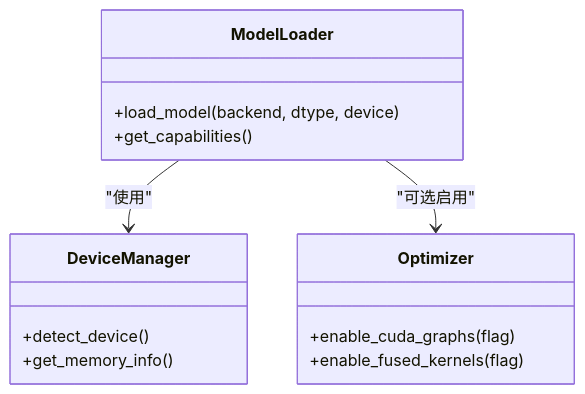
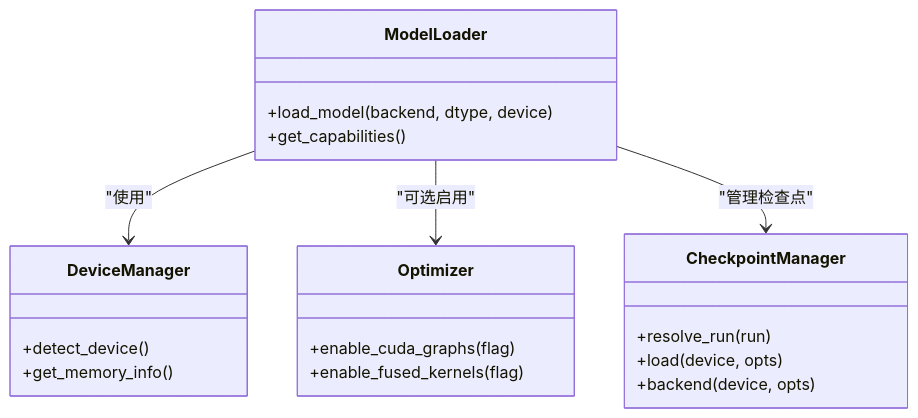
The fifth of 7 diagrams in .qoder/repowiki/zh/content/推理服务/服务配置.md (joezxh/kev), drawn with Mermaid before and after one commit. The commit also changed other lines of this file and 220 other files, not shown here.

````diff
--- a/.qoder/repowiki/zh/content/推理服务/服务配置.md
+++ b/.qoder/repowiki/zh/content/推理服务/服务配置.md
@@ -191,17 +218,23 @@
 ```mermaid
 classDiagram
 class ModelLoader {
 +load_model(backend, dtype, device)
 +get_capabilities()
 }
 class DeviceManager {
 +detect_device()
 +get_memory_info()
 }
 class Optimizer {
 +enable_cuda_graphs(flag)
 +enable_fused_kernels(flag)
 }
+class CheckpointManager {
++resolve_run(run)
++load(device, opts)
++backend(device, opts)
+}
 ModelLoader --> DeviceManager : "使用"
 ModelLoader --> Optimizer : "可选启用"
+ModelLoader --> CheckpointManager : "管理检查点"
 ```
````
